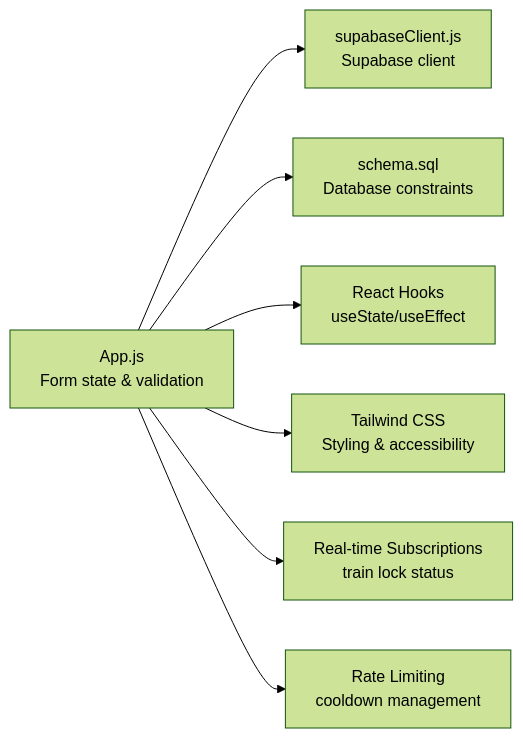
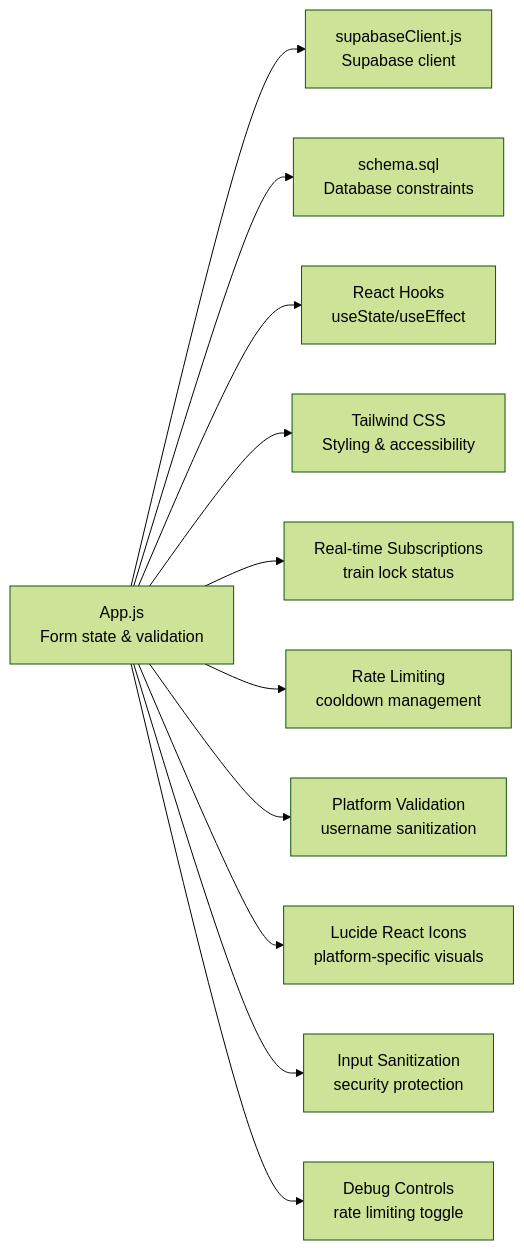
Before and after one commit to TheBooleanJulian/followtrain-v2: the third of 3 diagrams in .qoder/repowiki/en/content/Form Validation & User Input Handling.md, drawn with Mermaid (forest theme). The commit also changed other lines of this file and 202 other files, not shown here.

````diff
--- a/.qoder/repowiki/en/content/Form Validation & User Input Handling.md
+++ b/.qoder/repowiki/en/content/Form Validation & User Input Handling.md
@@ -390,9 +497,13 @@
 ```mermaid
 graph LR
 A["App.js<br/>Form state & validation"] --> B["supabaseClient.js<br/>Supabase client"]
 A --> C["schema.sql<br/>Database constraints"]
 A --> D["React Hooks<br/>useState/useEffect"]
 A --> E["Tailwind CSS<br/>Styling & accessibility"]
 A --> F["Real-time Subscriptions<br/>train lock status"]
 A --> G["Rate Limiting<br/>cooldown management"]
+A --> H["Platform Validation<br/>username sanitization"]
+A --> I["Lucide React Icons<br/>platform-specific visuals"]
+A --> J["Input Sanitization<br/>security protection"]
+A --> K["Debug Controls<br/>rate limiting toggle"]
 ```
````
